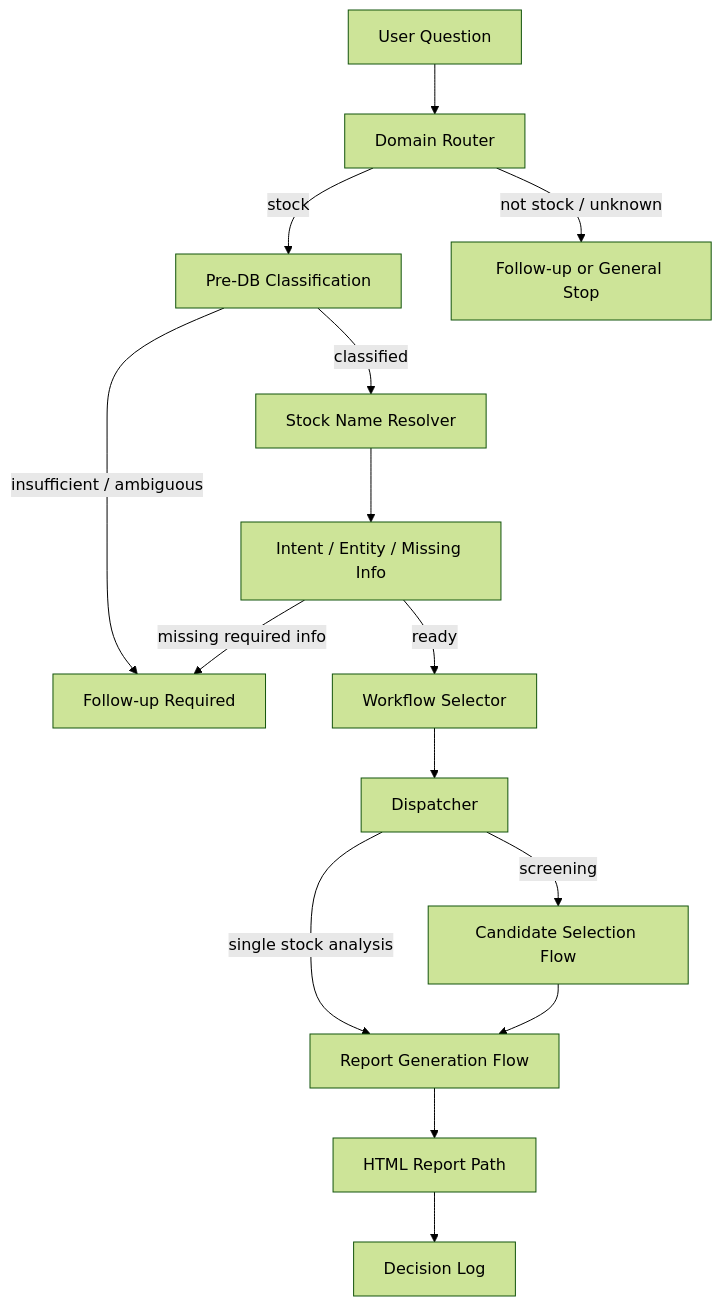
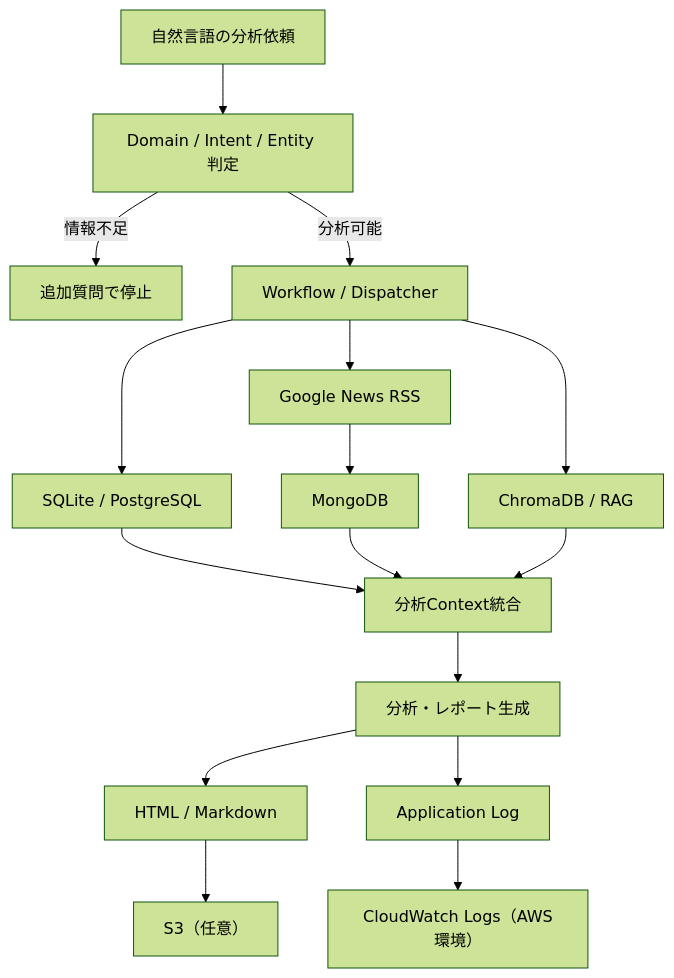
Before and after one commit to akihide-lab/ai-agent-stock-analysis: the diagram in README.md, drawn with Mermaid (forest theme). The commit also changed other lines of this file and 1 other file, not shown here.

````diff
--- a/README.md
+++ b/README.md
@@ -39,17 +44,18 @@
 ```mermaid
 flowchart TD
-    A["User Question"] --> B["Domain Router"]
-    B -->|stock| C["Pre-DB Classification"]
-    B -->|not stock / unknown| X["Follow-up or General Stop"]
-    C -->|insufficient / ambiguous| Y["Follow-up Required"]
-    C -->|classified| D["Stock Name Resolver"]
-    D --> E["Intent / Entity / Missing Info"]
-    E -->|missing required info| Y
-    E -->|ready| F["Workflow Selector"]
-    F --> G["Dispatcher"]
-    G -->|single stock analysis| H["Report Generation Flow"]
-    G -->|screening| I["Candidate Selection Flow"]
-    H --> J["HTML Report Path"]
-    I --> H
-    J --> K["Decision Log"]
+    A["自然言語の分析依頼"] --> B["Domain / Intent / Entity 判定"]
+    B -->|情報不足| C["追加質問で停止"]
+    B -->|分析可能| D["Workflow / Dispatcher"]
+    D --> E["SQLite / PostgreSQL"]
+    D --> F["Google News RSS"]
+    F --> G["MongoDB"]
+    D --> H["ChromaDB / RAG"]
+    E --> I["分析Context統合"]
+    G --> I
+    H --> I
+    I --> J["分析・レポート生成"]
+    J --> K["HTML / Markdown"]
+    K --> L["S3（任意）"]
+    J --> M["Application Log"]
+    M --> N["CloudWatch Logs（AWS環境）"]
 ```
````
